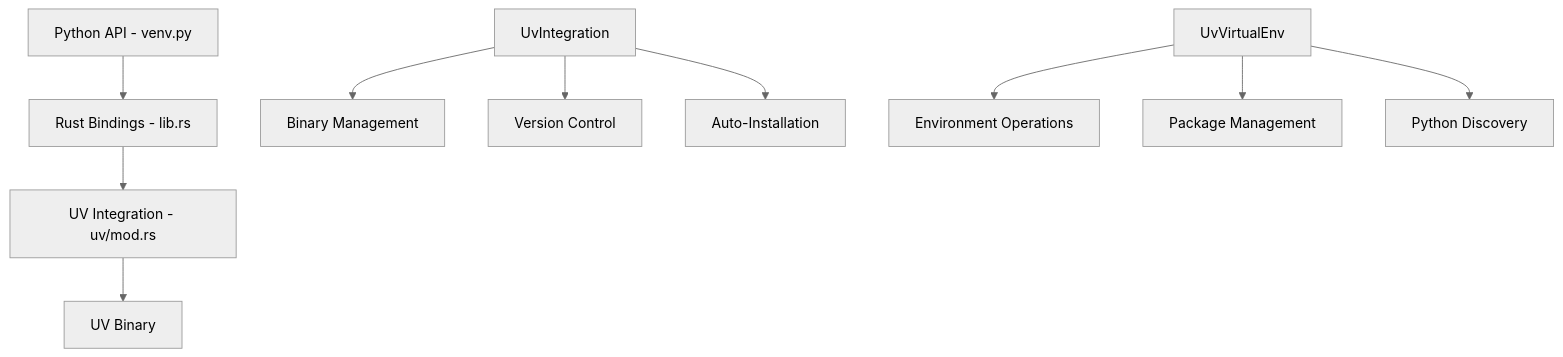
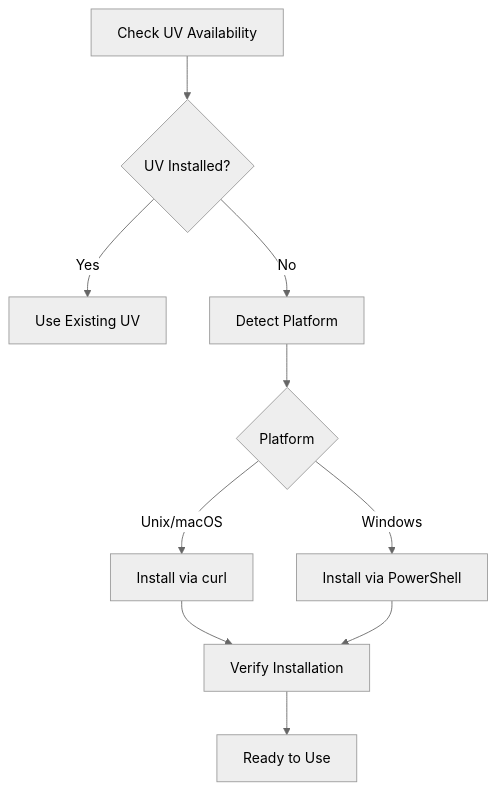
One commit to angreal/angreal changed the diagram in docs/content/explanation/uv_integration_architecture.md. Above: the diagram before and after it, drawn with Mermaid (neutral theme). The commit also changed other lines of this file and 2 other files, not shown here.

````diff
--- a/docs/content/explanation/uv_integration_architecture.md
+++ b/docs/content/explanation/uv_integration_architecture.md
@@ -56,14 +28,12 @@
 ```mermaid
-graph TB
-    A[Python API - venv.py] --> B[Rust Bindings - lib.rs]
-    B --> C[UV Integration - uv/mod.rs]
-    C --> D[UV Binary]
-
-    E[UvIntegration] --> F[Binary Management]
-    E --> G[Version Control]
-    E --> H[Auto-Installation]
-
-    I[UvVirtualEnv] --> J[Environment Operations]
-    I --> K[Package Management]
-    I --> L[Python Discovery]
+graph TD
+    A[Check UV Availability] --> B{UV Installed?}
+    B -->|Yes| C[Use Existing UV]
+    B -->|No| D[Detect Platform]
+    D --> E{Platform}
+    E -->|Unix/macOS| F[Install via curl]
+    E -->|Windows| G[Install via PowerShell]
+    F --> H[Verify Installation]
+    G --> H
+    H --> I[Ready to Use]
 ```
````
